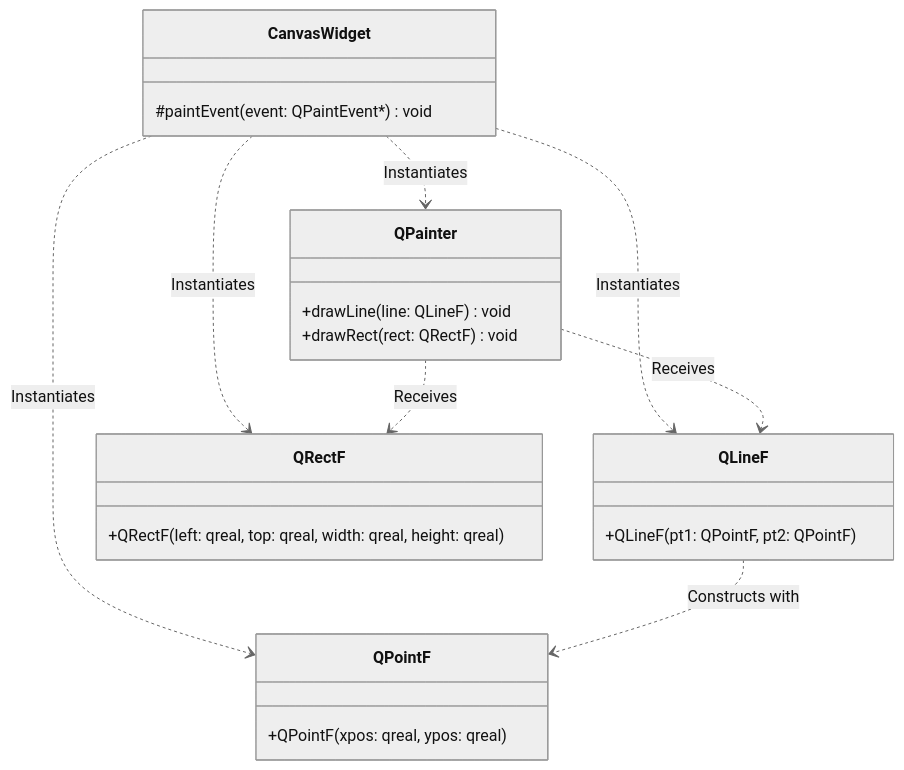
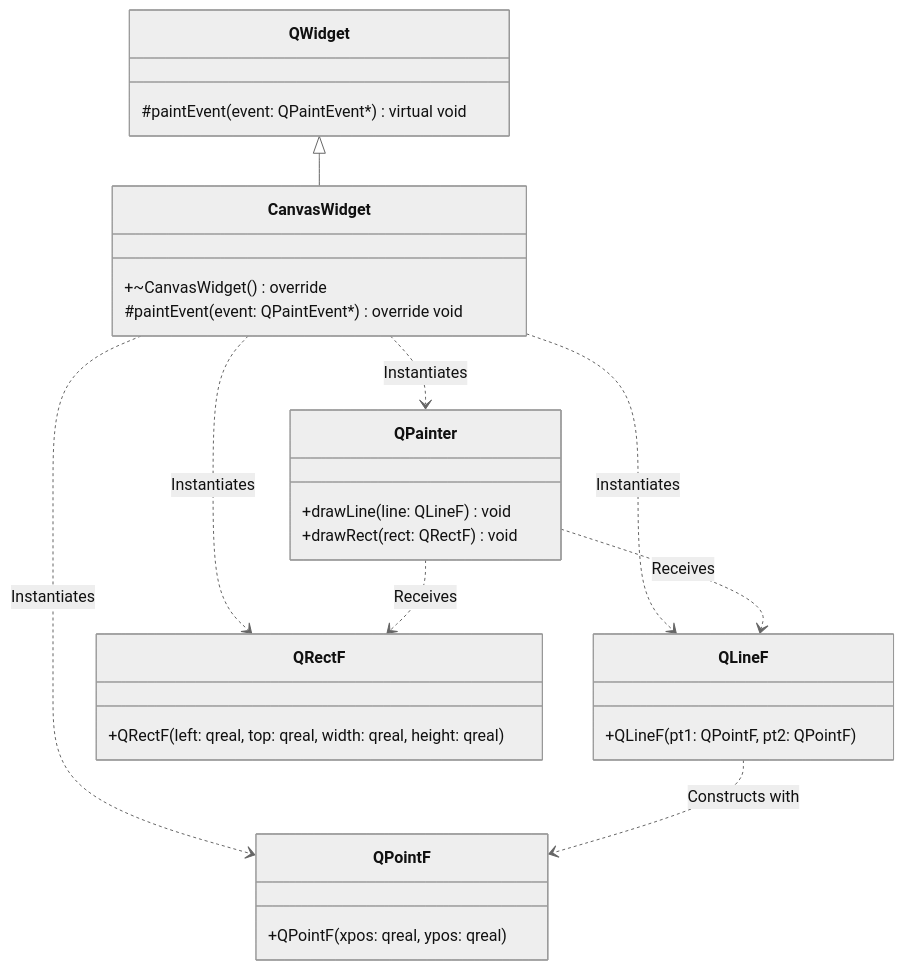
Before and after one commit to Mallikarjuna00G/qPainterLearning_001: the seventh of 8 diagrams in docs/listOfProjects.md, drawn with Mermaid (neutral theme). The commit also changed other lines of this file and 6 other files, not shown here.

````diff
--- a/docs/listOfProjects.md
+++ b/docs/listOfProjects.md
@@ -331,33 +331,40 @@
 ```mermaid
 classDiagram
     class QPainter {
         +drawLine(line: QLineF) void
         +drawRect(rect: QRectF) void
     }
     
     class QPointF {
         +QPointF(xpos: qreal, ypos: qreal)
     }
     
     class QLineF {
         +QLineF(pt1: QPointF, pt2: QPointF)
     }
     
     class QRectF {
         +QRectF(left: qreal, top: qreal, width: qreal, height: qreal)
     }
     
+    QWidget <|-- CanvasWidget
+    
+    class QWidget {
+        #paintEvent(event: QPaintEvent*) virtual void
+    }
+    
     class CanvasWidget {
-        #paintEvent(event: QPaintEvent*) void
+        +~CanvasWidget() override
+        #paintEvent(event: QPaintEvent*) override void
     }
     
     CanvasWidget ..> QPainter : Instantiates
     CanvasWidget ..> QPointF : Instantiates
     CanvasWidget ..> QLineF : Instantiates
     CanvasWidget ..> QRectF : Instantiates
     
     QLineF ..> QPointF : Constructs with
     
     QPainter ..> QLineF : Receives
     QPainter ..> QRectF : Receives
 ```
````
